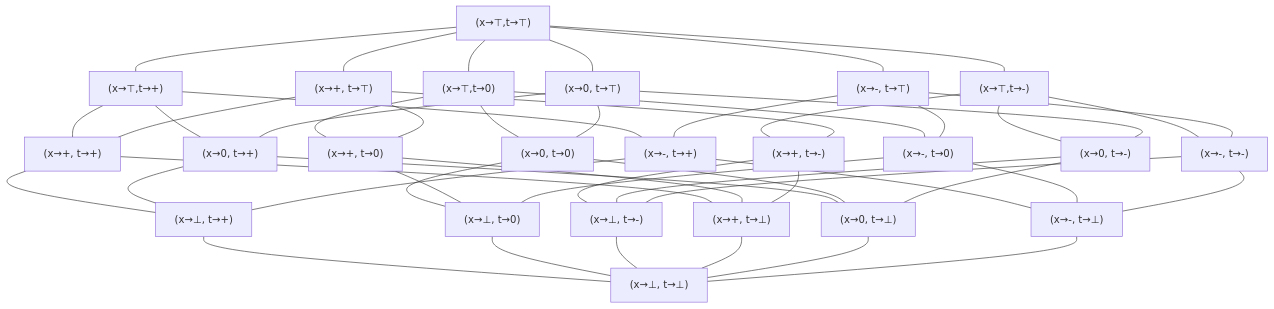
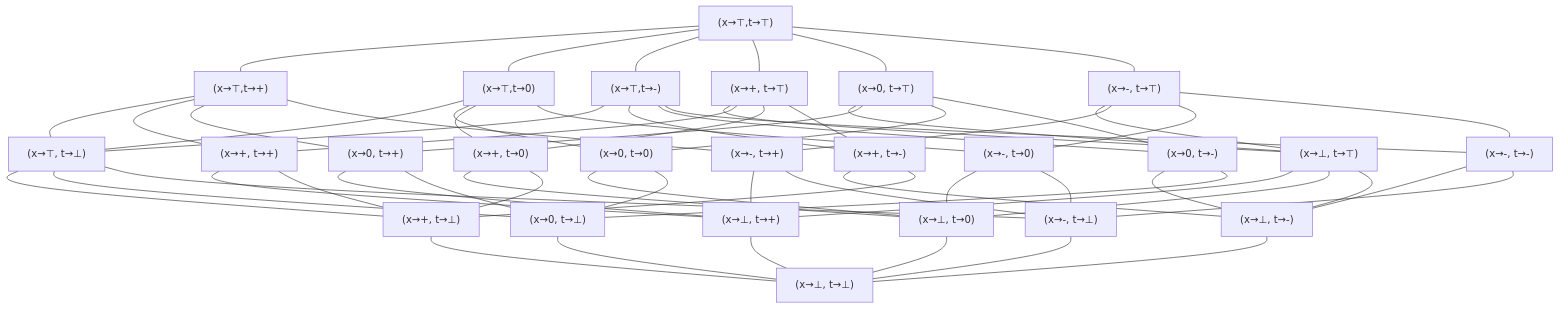
The third of 3 diagrams in sign_analysis_lattice.md (50054-cdpa/notes), drawn with Mermaid before and after one commit. The commit also changed other lines of this file, not shown here.

Commit message:
fixed the missing elements in the product and map lattices

````diff
--- a/sign_analysis_lattice.md
+++ b/sign_analysis_lattice.md
@@ -329,51 +341,63 @@
 ```mermaid
 graph TD;
     tt["(x→⊤,t→⊤)"] --- t+["(x→⊤,t→+)"]
     tt["(x→⊤,t→⊤)"] --- t0["(x→⊤,t→0)"]
     tt["(x→⊤,t→⊤)"] --- tm["(x→⊤,t→-)"]
-    tt["(x→⊤,t→⊤)"] --- +t["(x→+, t→⊤)"]
-    tt["(x→⊤,t→⊤)"] --- 0t["(x→0, t→⊤)"]
-    tt["(x→⊤,t→⊤)"] --- mt["(x→-, t→⊤)"]
-    t+["(x→⊤,t→+)"] --- ++["(x→+, t→+)"]
-    t+["(x→⊤,t→+)"] --- 0+["(x→0, t→+)"]
-    t+["(x→⊤,t→+)"] --- m+["(x→-, t→+)"]
-    t0["(x→⊤,t→0)"] --- 00["(x→0, t→0)"]
-    t0["(x→⊤,t→0)"] --- +0["(x→+, t→0)"]
-    t0["(x→⊤,t→0)"] --- m0["(x→-, t→0)"]
-    tm["(x→⊤,t→-)"] --- +m["(x→+, t→-)"]
-    tm["(x→⊤,t→-)"] --- 0m["(x→0, t→-)"]
-    tm["(x→⊤,t→-)"] --- mm["(x→-, t→-)"]
+    tt["(x→⊤,t→⊤)"] --- +t["(x→+,t→⊤)"]
+    tt["(x→⊤,t→⊤)"] --- 0t["(x→0,t→⊤)"]
+    tt["(x→⊤,t→⊤)"] --- mt["(x→-,t→⊤)"]
+    t+["(x→⊤,t→+)"] --- tb["(x→⊤,t→⊥)"]
+    t+["(x→⊤,t→+)"] --- ++["(x→+,t→+)"]
+    t+["(x→⊤,t→+)"] --- 0+["(x→0,t→+)"]
+    t+["(x→⊤,t→+)"] --- m+["(x→-,t→+)"]
+    t0["(x→⊤,t→0)"] --- tb["(x→⊤,t→⊥)"]
+    t0["(x→⊤,t→0)"] --- 00["(x→0,t→0)"]
+    t0["(x→⊤,t→0)"] --- +0["(x→+,t→0)"]
+    t0["(x→⊤,t→0)"] --- m0["(x→-,t→0)"]
+    tm["(x→⊤,t→-)"] --- tb["(x→⊤,t→⊥)"]
+    tm["(x→⊤,t→-)"] --- +m["(x→+,t→-)"]
+    tm["(x→⊤,t→-)"] --- 0m["(x→0,t→-)"]
+    tm["(x→⊤,t→-)"] --- mm["(x→-,t→-)"]
+    +t["(x→+,t→⊤)"] --- bt["(x→⊥,t→⊤)"]
     +t["(x→+, t→⊤)"] --- ++["(x→+, t→+)"]
     +t["(x→+, t→⊤)"] --- +0["(x→+, t→0)"]
     +t["(x→+, t→⊤)"] --- +m["(x→+, t→-)"]
+    0t["(x→0, t→⊤)"] --- bt["(x→⊥,t→⊤)"]
     0t["(x→0, t→⊤)"] --- 0+["(x→0, t→+)"]
     0t["(x→0, t→⊤)"] --- 00["(x→0, t→0)"]
     0t["(x→0, t→⊤)"] --- 0m["(x→0, t→-)"]
+    mt["(x→-, t→⊤)"] --- bt["(x→⊥, t→⊤)"] 
     mt["(x→-, t→⊤)"] --- m+["(x→-, t→+)"] 
     mt["(x→-, t→⊤)"] --- m0["(x→-, t→0)"] 
     mt["(x→-, t→⊤)"] --- mm["(x→-, t→-)"] 
     ++["(x→+, t→+)"] --- b+["(x→⊥, t→+)"]
     ++["(x→+, t→+)"] --- +b["(x→+, t→⊥)"]
     0+["(x→0, t→+)"] --- b+["(x→⊥, t→+)"]
     0+["(x→0, t→+)"] --- 0b["(x→0, t→⊥)"]
     m+["(x→-, t→+)"] --- b+["(x→⊥, t→+)"]
     m+["(x→-, t→+)"] --- mb["(x→-, t→⊥)"]
     00["(x→0, t→0)"] --- b0["(x→⊥, t→0)"]
     00["(x→0, t→0)"] --- 0b["(x→0, t→⊥)"]
     +0["(x→+, t→0)"] --- b0["(x→⊥, t→0)"]
     +0["(x→+, t→0)"] --- +b["(x→+, t→⊥)"]
     m0["(x→-, t→0)"] --- b0["(x→⊥, t→0)"]
     m0["(x→-, t→0)"] --- mb["(x→-, t→⊥)"]
     +m["(x→+, t→-)"] --- bm["(x→⊥, t→-)"]
     +m["(x→+, t→-)"] --- +b["(x→+, t→⊥)"]
     0m["(x→0, t→-)"] --- bm["(x→⊥, t→-)"]
     0m["(x→0, t→-)"] --- 0b["(x→0, t→⊥)"]
     mm["(x→-, t→-)"] --- bm["(x→⊥, t→-)"] 
     mm["(x→-, t→-)"] --- mb["(x→-, t→⊥)"]
+    bt["(x→⊥, t→⊤)"] --- b+["(x→⊥,t→+)"]
+    bt["(x→⊥, t→⊤)"] --- b0["(x→⊥,t→0)"]
+    bt["(x→⊥, t→⊤)"] --- bm["(x→⊥,t→-)"]
     b+["(x→⊥, t→+)"] --- bb["(x→⊥, t→⊥)"]
     b0["(x→⊥, t→0)"] --- bb["(x→⊥, t→⊥)"]
     bm["(x→⊥, t→-)"] --- bb["(x→⊥, t→⊥)"]
+    tb["(x→⊤, t→⊥)"] --- +b["(x→+,t→⊥)"]
+    tb["(x→⊤, t→⊥)"] --- 0b["(x→0,t→⊥)"]
+    tb["(x→⊤, t→⊥)"] --- mb["(x→-,t→⊥)"]
     +b["(x→+, t→⊥)"] --- bb["(x→⊥, t→⊥)"]
     0b["(x→0, t→⊥)"] --- bb["(x→⊥, t→⊥)"]
     mb["(x→-, t→⊥)"] --- bb["(x→⊥, t→⊥)"]
 ```
````
